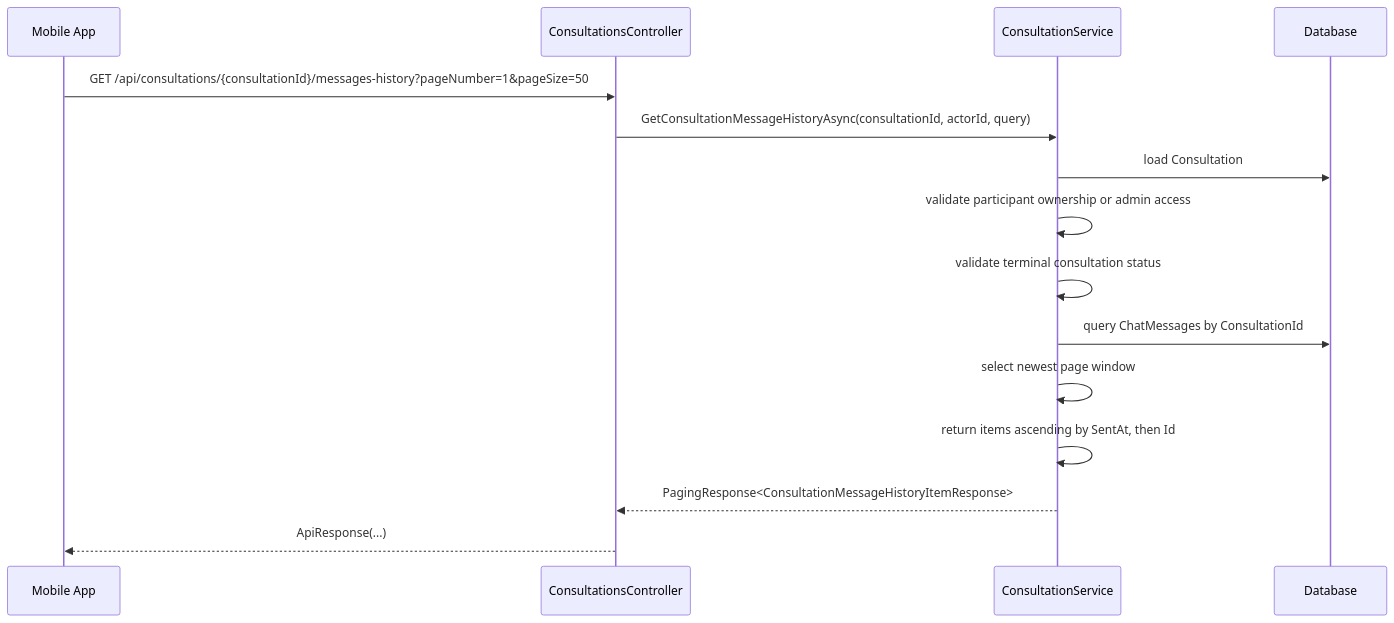
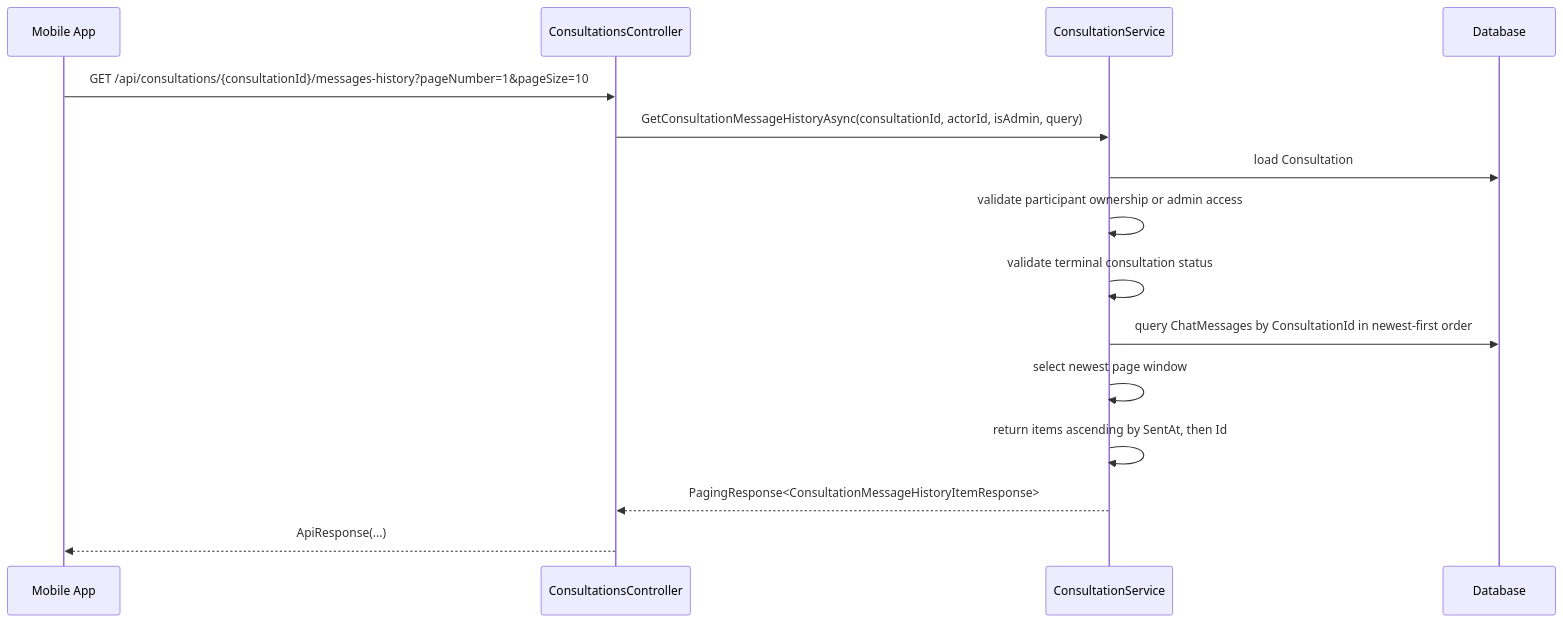
The third of 3 diagrams in Docs/05-Backend/02-layers/consultation-message-history/consultation-message-history.sourcecode.md (Snake-AID/SnakeAid.Docs), drawn with Mermaid before and after one commit. The commit also changed other lines of this file and 3 other files, not shown here.

Commit message:
docs(consultation-message-history): update documentation to reflect implementation status and access control for message history API

````diff
--- a/Docs/05-Backend/02-layers/consultation-message-history/consultation-message-history.sourcecode.md
+++ b/Docs/05-Backend/02-layers/consultation-message-history/consultation-message-history.sourcecode.md
@@ -173,18 +181,18 @@
 ```mermaid
 sequenceDiagram
     participant App as Mobile App
     participant API as ConsultationsController
     participant Service as ConsultationService
     participant DB as Database
 
-    App->>API: GET /api/consultations/{consultationId}/messages-history?pageNumber=1&pageSize=50
-    API->>Service: GetConsultationMessageHistoryAsync(consultationId, actorId, query)
+    App->>API: GET /api/consultations/{consultationId}/messages-history?pageNumber=1&pageSize=10
+    API->>Service: GetConsultationMessageHistoryAsync(consultationId, actorId, isAdmin, query)
     Service->>DB: load Consultation
     Service->>Service: validate participant ownership or admin access
     Service->>Service: validate terminal consultation status
-    Service->>DB: query ChatMessages by ConsultationId
+    Service->>DB: query ChatMessages by ConsultationId in newest-first order
     Service->>Service: select newest page window
     Service->>Service: return items ascending by SentAt, then Id
     Service-->>API: PagingResponse<ConsultationMessageHistoryItemResponse>
     API-->>App: ApiResponse(...)
 ```
````
